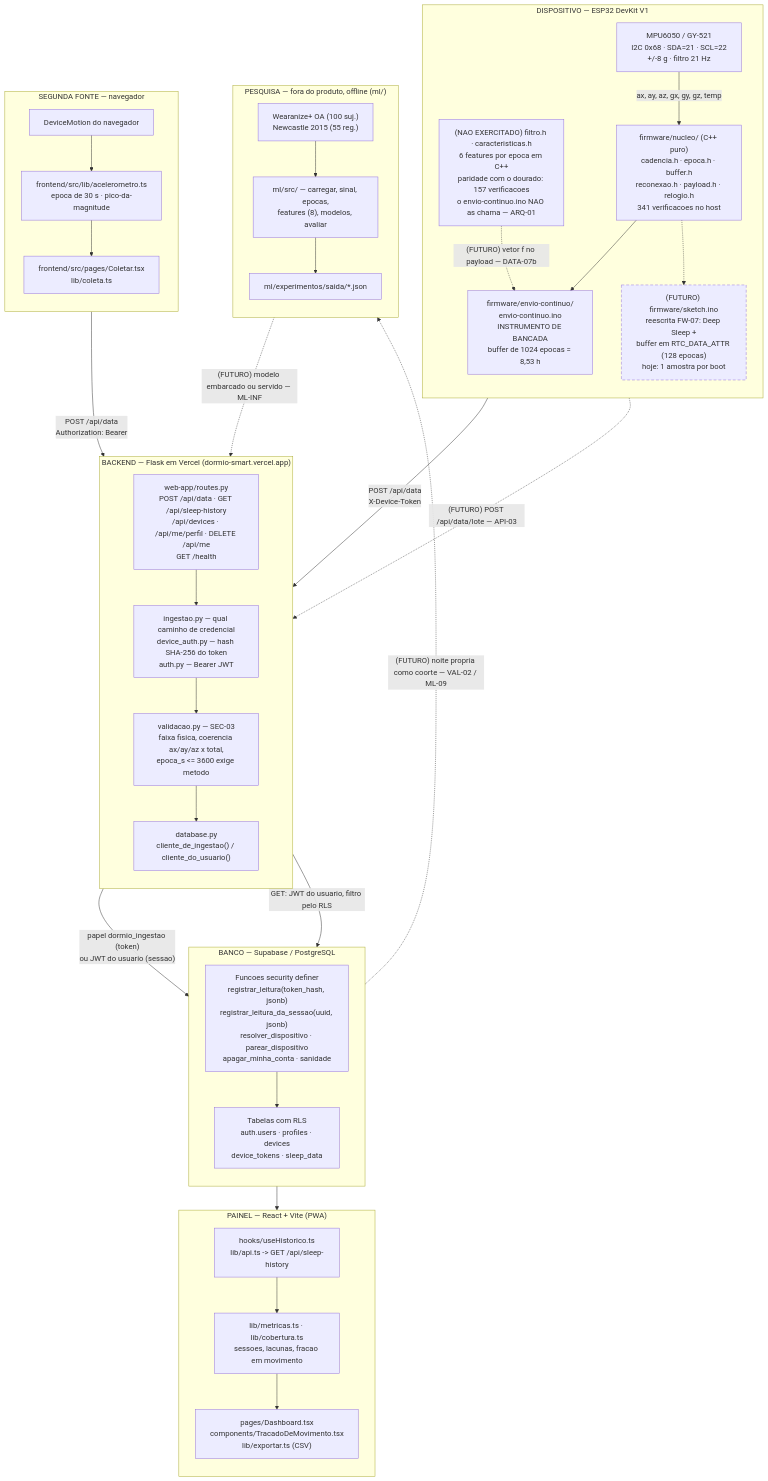
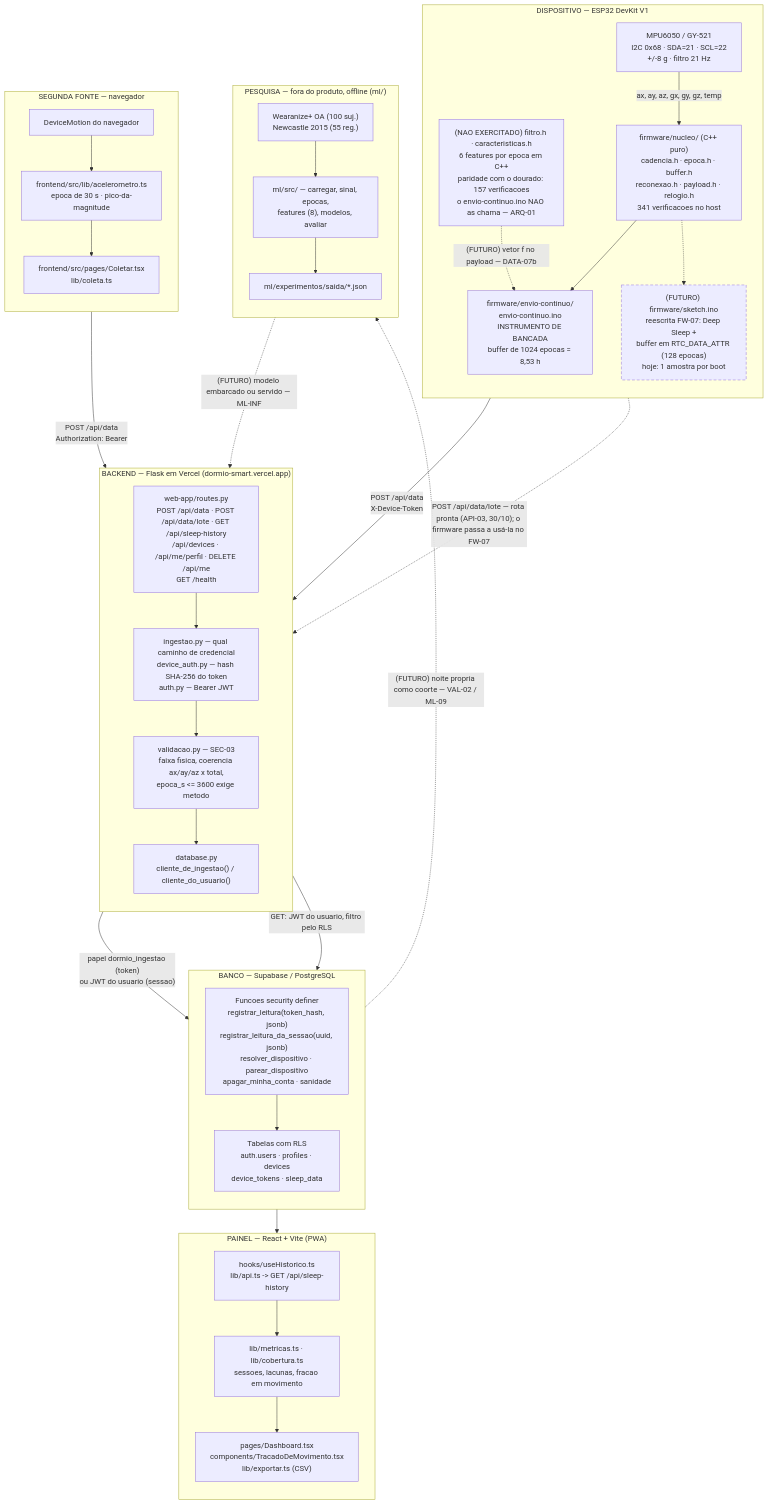
Before and after one commit to vitormendes4072/DormioSmart: the diagram in docs/diagramas/DIAG-01-arquitetura.md, drawn with Mermaid. The commit also changed 12 other files, not shown here.

First line of the commit message:
feat: endpoint de lote para a ingestão (API-03)

````diff
--- a/docs/diagramas/DIAG-01-arquitetura.md
+++ b/docs/diagramas/DIAG-01-arquitetura.md
@@ -29,68 +29,68 @@
 ```mermaid
 flowchart TB
     subgraph DISP["DISPOSITIVO — ESP32 DevKit V1"]
         direction TB
         MPU["MPU6050 / GY-521<br/>I2C 0x68 · SDA=21 · SCL=22<br/>+/-8 g · filtro 21 Hz"]
         NUC["firmware/nucleo/ (C++ puro)<br/>cadencia.h · epoca.h · buffer.h<br/>reconexao.h · payload.h · relogio.h<br/>341 verificacoes no host"]
         FEAT["(NAO EXERCITADO) filtro.h · caracteristicas.h<br/>6 features por epoca em C++<br/>paridade com o dourado: 157 verificacoes<br/>o envio-continuo.ino NAO as chama — ARQ-01"]
         ENV["firmware/envio-continuo/<br/>envio-continuo.ino<br/>INSTRUMENTO DE BANCADA<br/>buffer de 1024 epocas = 8,53 h"]
         SKT["(FUTURO) firmware/sketch.ino<br/>reescrita FW-07: Deep Sleep +<br/>buffer em RTC_DATA_ATTR (128 epocas)<br/>hoje: 1 amostra por boot"]
         MPU -->|"ax, ay, az, gx, gy, gz, temp"| NUC
         NUC --> ENV
         FEAT -.->|"(FUTURO) vetor f no payload — DATA-07b"| ENV
         NUC -.-> SKT
     end
 
     subgraph CEL["SEGUNDA FONTE — navegador"]
         direction TB
         DM["DeviceMotion do navegador"]
         ACEL["frontend/src/lib/acelerometro.ts<br/>epoca de 30 s · pico-da-magnitude"]
         COL["frontend/src/pages/Coletar.tsx<br/>lib/coleta.ts"]
         DM --> ACEL --> COL
     end
 
     subgraph API["BACKEND — Flask em Vercel (dormio-smart.vercel.app)"]
         direction TB
-        RT["web-app/routes.py<br/>POST /api/data · GET /api/sleep-history<br/>/api/devices · /api/me/perfil · DELETE /api/me<br/>GET /health"]
+        RT["web-app/routes.py<br/>POST /api/data · POST /api/data/lote · GET /api/sleep-history<br/>/api/devices · /api/me/perfil · DELETE /api/me<br/>GET /health"]
         ING["ingestao.py — qual caminho de credencial<br/>device_auth.py — hash SHA-256 do token<br/>auth.py — Bearer JWT"]
         VAL["validacao.py — SEC-03<br/>faixa fisica, coerencia ax/ay/az x total,<br/>epoca_s <= 3600 exige metodo"]
         DB["database.py<br/>cliente_de_ingestao() / cliente_do_usuario()"]
         RT --> ING --> VAL --> DB
     end
 
     subgraph SUP["BANCO — Supabase / PostgreSQL"]
         direction TB
         FN["Funcoes security definer<br/>registrar_leitura(token_hash, jsonb)<br/>registrar_leitura_da_sessao(uuid, jsonb)<br/>resolver_dispositivo · parear_dispositivo<br/>apagar_minha_conta · sanidade"]
         TB["Tabelas com RLS<br/>auth.users · profiles · devices<br/>device_tokens · sleep_data"]
         FN --> TB
     end
 
     subgraph WEB["PAINEL — React + Vite (PWA)"]
         direction TB
         HIST["hooks/useHistorico.ts<br/>lib/api.ts -> GET /api/sleep-history"]
         MET["lib/metricas.ts · lib/cobertura.ts<br/>sessoes, lacunas, fracao em movimento"]
         DASH["pages/Dashboard.tsx<br/>components/TracadoDeMovimento.tsx<br/>lib/exportar.ts (CSV)"]
         HIST --> MET --> DASH
     end
 
     ENV -->|"POST /api/data<br/>X-Device-Token"| RT
-    SKT -.->|"(FUTURO) POST /api/data/lote — API-03"| RT
+    SKT -.->|"POST /api/data/lote — rota pronta (API-03, 30/10); o firmware passa a usá-la no FW-07"| RT
     COL -->|"POST /api/data<br/>Authorization: Bearer"| RT
     DB -->|"papel dormio_ingestao (token)<br/>ou JWT do usuario (sessao)"| FN
     DB -->|"GET: JWT do usuario, filtro pelo RLS"| TB
     TB --> HIST
 
     subgraph OFF["PESQUISA — fora do produto, offline (ml/)"]
         direction TB
         DS["Wearanize+ OA (100 suj.)<br/>Newcastle 2015 (55 reg.)"]
         PIPE["ml/src/ — carregar, sinal, epocas,<br/>features (8), modelos, avaliar"]
         RES["ml/experimentos/saida/*.json"]
         DS --> PIPE --> RES
     end
 
     RES -.->|"(FUTURO) modelo embarcado ou servido — ML-INF"| RT
     TB -.->|"(FUTURO) noite propria como coorte — VAL-02 / ML-09"| PIPE
 
     classDef futuro stroke-dasharray: 6 4;
     class SKT futuro;
 ```
````
